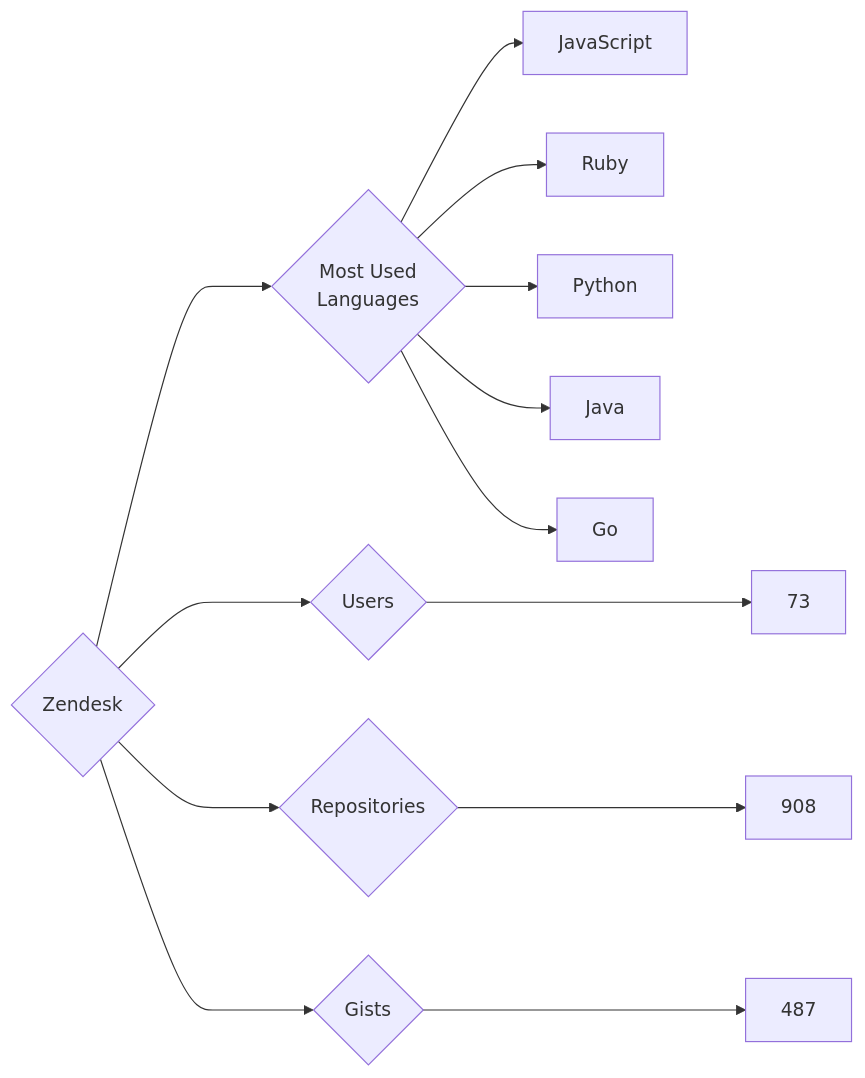
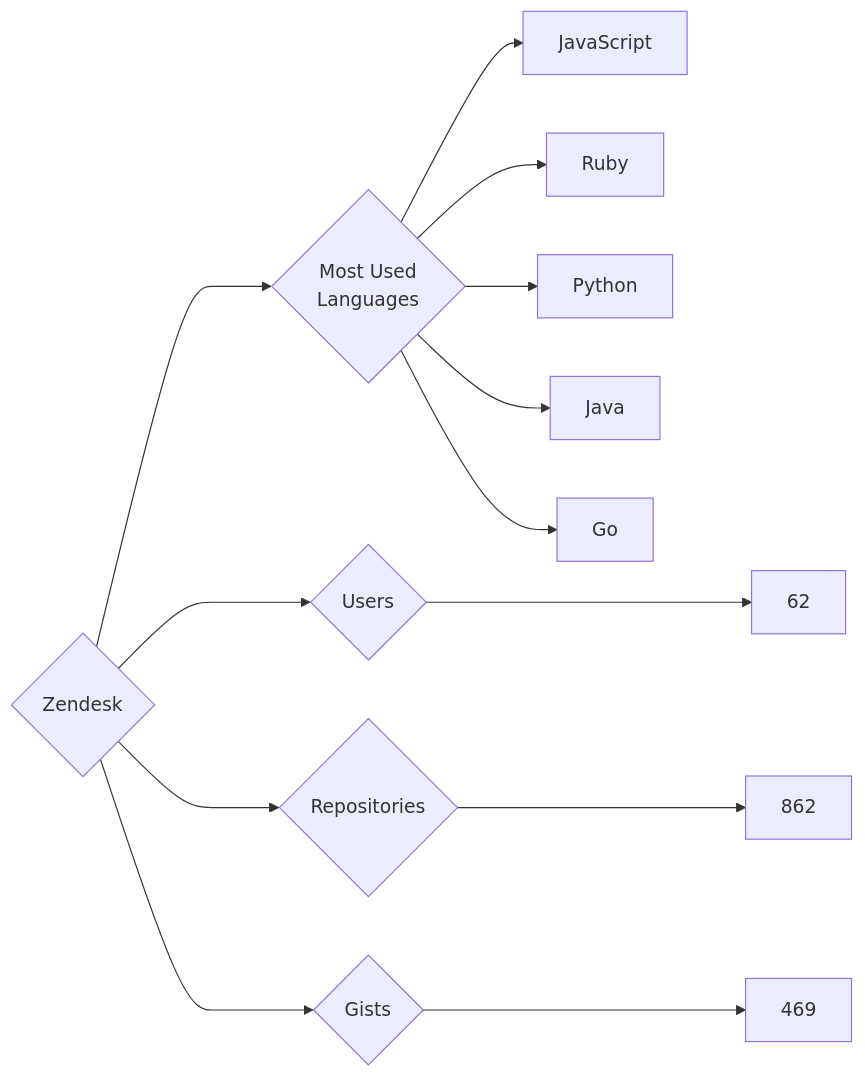
The diagram in targets/Zendesk/README.md (trickest/insiders), drawn with Mermaid before and after one commit. The commit also changed 928 other files, not shown here.

````diff
--- a/targets/Zendesk/README.md
+++ b/targets/Zendesk/README.md
@@ -3,13 +3,13 @@
 ```mermaid
 graph LR
 COMPANY_NAME{Zendesk}
-COMPANY_NAME ---> U{Users} ---> UN[73]
-COMPANY_NAME ---> R{Repositories} ---> RN[908]
-COMPANY_NAME ---> G{Gists} ---> GN[487]
+COMPANY_NAME ---> U{Users} ---> UN[62]
+COMPANY_NAME ---> R{Repositories} ---> RN[862]
+COMPANY_NAME ---> G{Gists} ---> GN[469]
 COMPANY_NAME ---> ML{Most Used<br>Languages}
 ML --> JavaScript[JavaScript]
 ML --> Ruby[Ruby]
 ML --> Python[Python]
 ML --> Java[Java]
 ML --> Go[Go]
 ```
````
